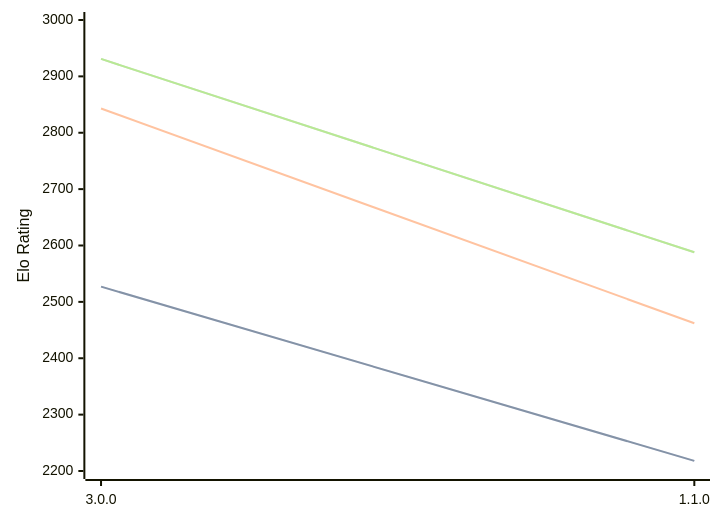
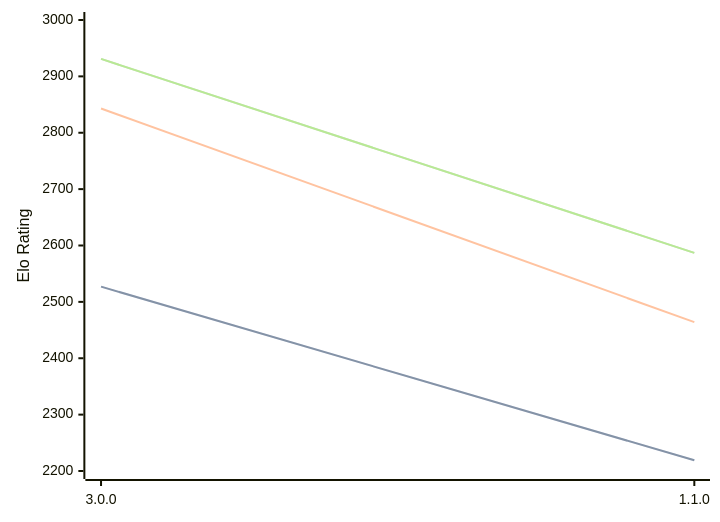
The first of 3 diagrams in engines/Potential.md (computer-chess-index/cci), drawn with Mermaid before and after one commit. The commit also changed other lines of this file, not shown here.

Commit message:
Update CCI Ratings (ELO VLTC) - 2026-06-17

````diff
--- a/engines/Potential.md
+++ b/engines/Potential.md
@@ -34,11 +34,11 @@
 ```mermaid
 %%{init: {"theme":"base","themeVariables":{"seriesColors:['#a3a3a3','#222221','#faa371']}}}%%
 xychart-beta
   x-axis ["3.0.0", "1.1.0"]
   y-axis "Elo Rating" 2200 --> 3000
-  line "STC (8.0+0.08s)" [2527, 2218]
-  line "STC (8.0+0.08s)" [2527, 2218]
-  line "LTC (60.0+0.60s)" [2843, 2462]
-  line "VLTC (2m24s+1.12s)" [2931, 2588]
-  line "VLTC (2m24s+1.12s)" [2931, 2588]
+  line "STC (8.0+0.08s)" [2527, 2219]
+  line "STC (8.0+0.08s)" [2527, 2219]
+  line "LTC (60.0+0.60s)" [2843, 2464]
+  line "VLTC (2m24s+1.12s)" [2931, 2587]
+  line "VLTC (2m24s+1.12s)" [2931, 2587]
 ```
````
